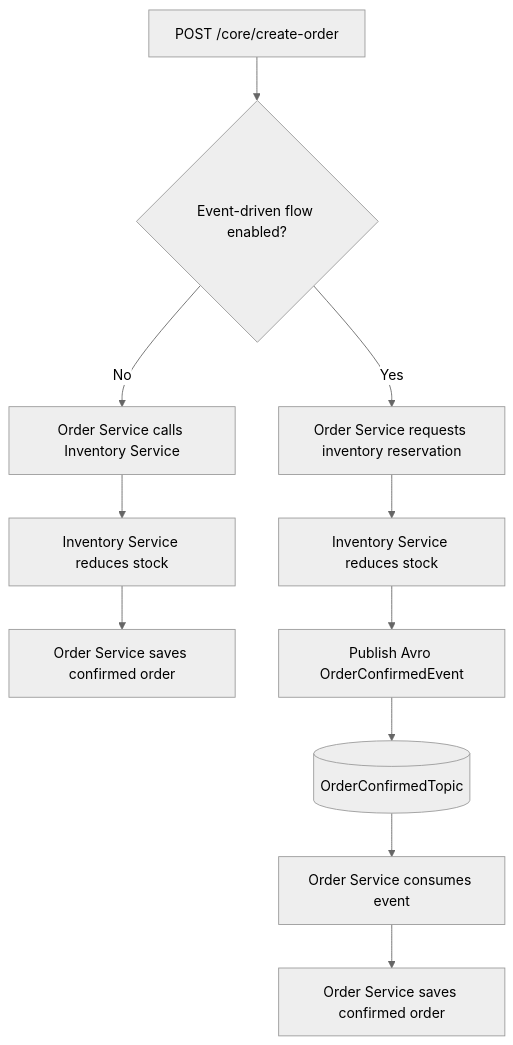
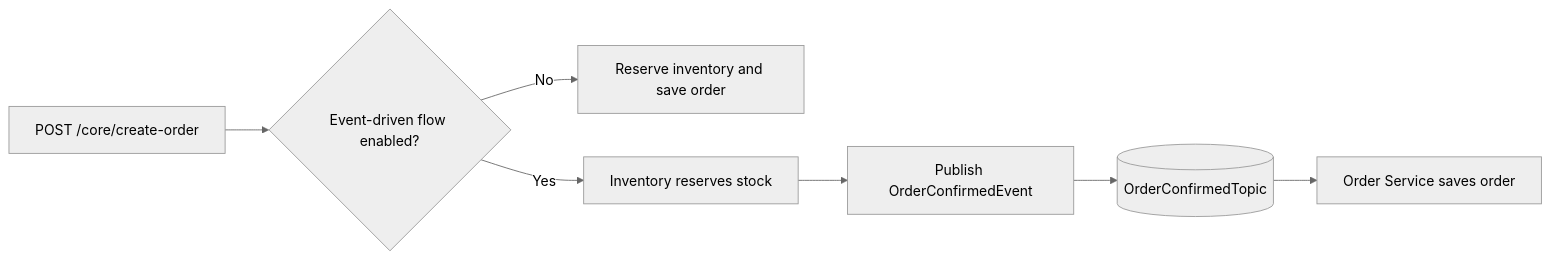
Before and after one commit to shubhgaur37/eCommerce: the second of 3 diagrams in README.md, drawn with Mermaid (neutral theme). The commit also changed other lines of this file, not shown here.

````diff
--- a/README.md
+++ b/README.md
@@ -83,15 +82,9 @@
 ```mermaid
-flowchart TD
-    request[POST /core/create-order] --> flag{Event-driven flow enabled?}
-
-    flag -->|No| syncCall[Order Service calls Inventory Service]
-    syncCall --> reserveSync[Inventory Service reduces stock]
-    reserveSync --> saveSync[Order Service saves confirmed order]
-
-    flag -->|Yes| reserveAsync[Order Service requests inventory reservation]
-    reserveAsync --> reduceAsync[Inventory Service reduces stock]
-    reduceAsync --> publish[Publish Avro OrderConfirmedEvent]
-    publish --> topic[(OrderConfirmedTopic)]
-    topic --> consume[Order Service consumes event]
-    consume --> saveAsync[Order Service saves confirmed order]
+flowchart LR
+    request["POST /core/create-order"] --> flag{"Event-driven flow enabled?"}
+    flag -->|No| sync["Reserve inventory and save order"]
+    flag -->|Yes| inventory["Inventory reserves stock"]
+    inventory --> event["Publish OrderConfirmedEvent"]
+    event --> kafka[(OrderConfirmedTopic)]
+    kafka --> order["Order Service saves order"]
 ```
````
